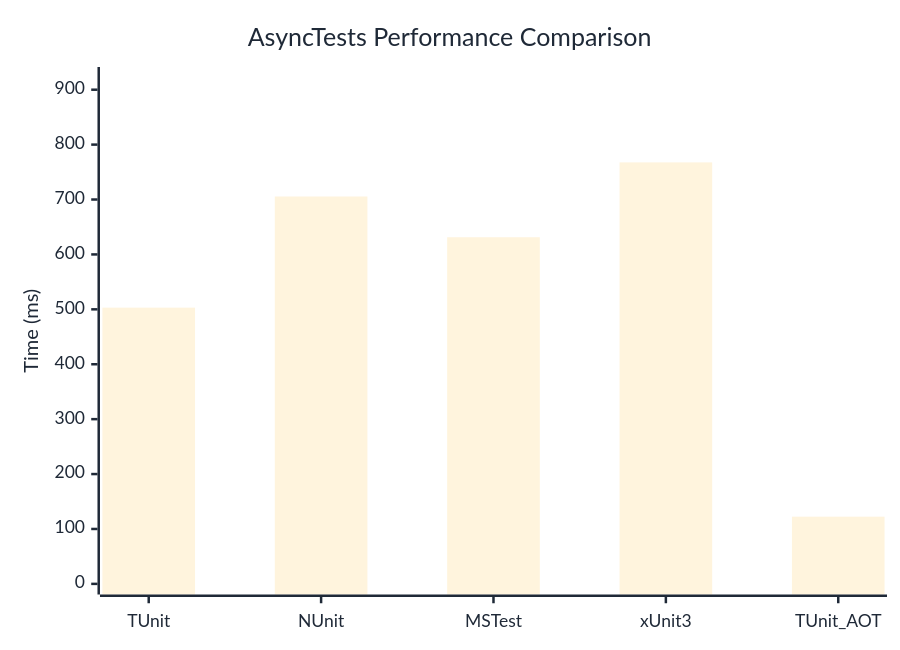
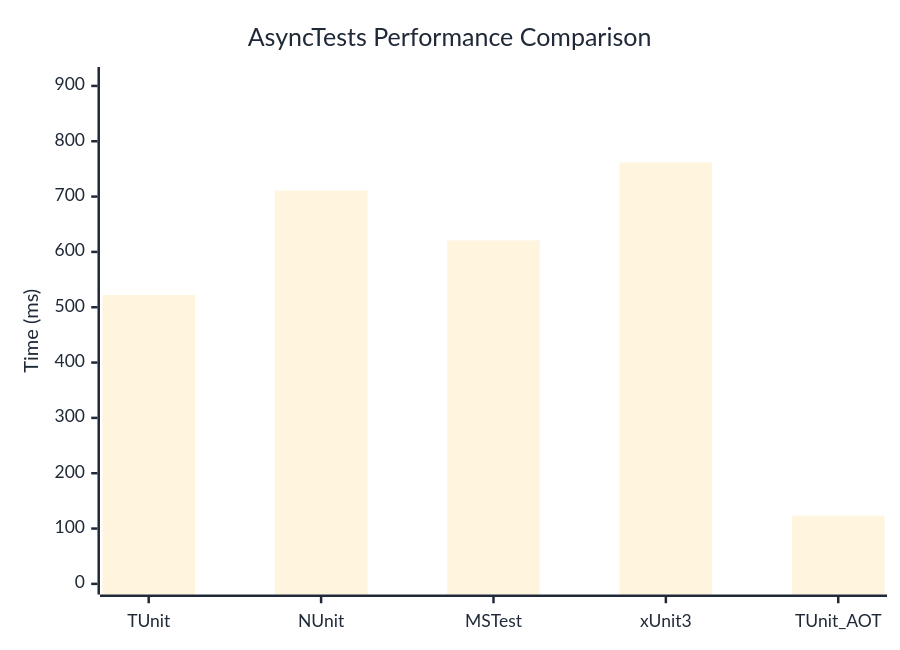
One commit to thomhurst/TUnit changed the diagram in docs/docs/benchmarks/AsyncTests.md. Above: the diagram before and after it, drawn with Mermaid. The commit also changed other lines of this file and 17 other files, not shown here.

````diff
--- a/docs/docs/benchmarks/AsyncTests.md
+++ b/docs/docs/benchmarks/AsyncTests.md
@@ -27,37 +27,37 @@
 ```mermaid
 %%{init: {
   'theme':'base',
   'themeVariables': {
     'primaryColor': '#2563eb',
     'primaryTextColor': '#1f2937',
     'primaryBorderColor': '#1e40af',
     'lineColor': '#6b7280',
     'secondaryColor': '#7c3aed',
     'tertiaryColor': '#dc2626',
     'background': '#ffffff',
     'mainBkg': '#2563eb',
     'secondBkg': '#7c3aed',
     'tertiaryBkg': '#dc2626',
     'clusterBkg': '#f3f4f6',
     'edgeLabelBackground': '#ffffff',
     'tertiaryTextColor': '#1f2937',
     'pie1': '#2563eb',
     'pie2': '#7c3aed',
     'pie3': '#dc2626',
     'pie4': '#f59e0b',
     'pie5': '#10b981',
     'pie6': '#06b6d4',
     'pie7': '#ec4899',
     'pie8': '#6366f1',
     'pie9': '#84cc16',
     'pie10': '#f97316',
     'pie11': '#14b8a6',
     'pie12': '#a855f7'
   }
 }}%%
 xychart-beta
   title "AsyncTests Performance Comparison"
   x-axis ["TUnit", "NUnit", "MSTest", "xUnit3", "TUnit_AOT"]
-  y-axis "Time (ms)" 0 --> 922
-  bar [503.1, 705.5, 631.3, 767.6, 122.4]
+  y-axis "Time (ms)" 0 --> 915
+  bar [522.2, 711, 620.7, 761.8, 123.4]
 ```
````
